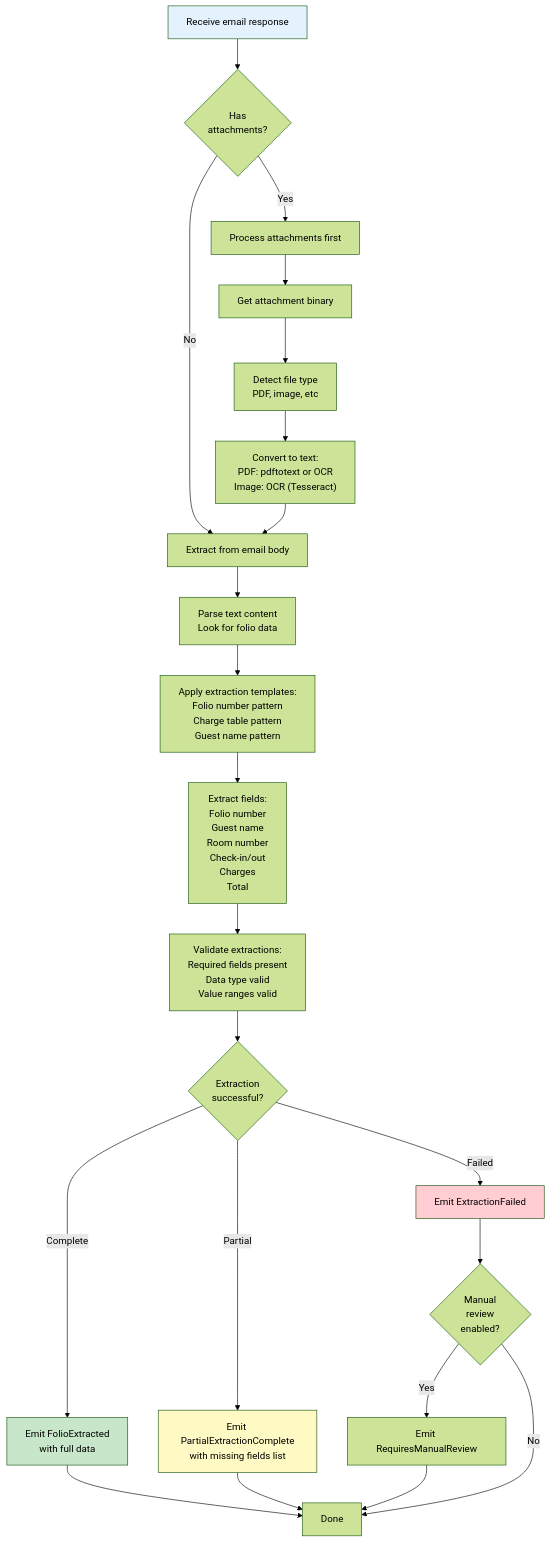
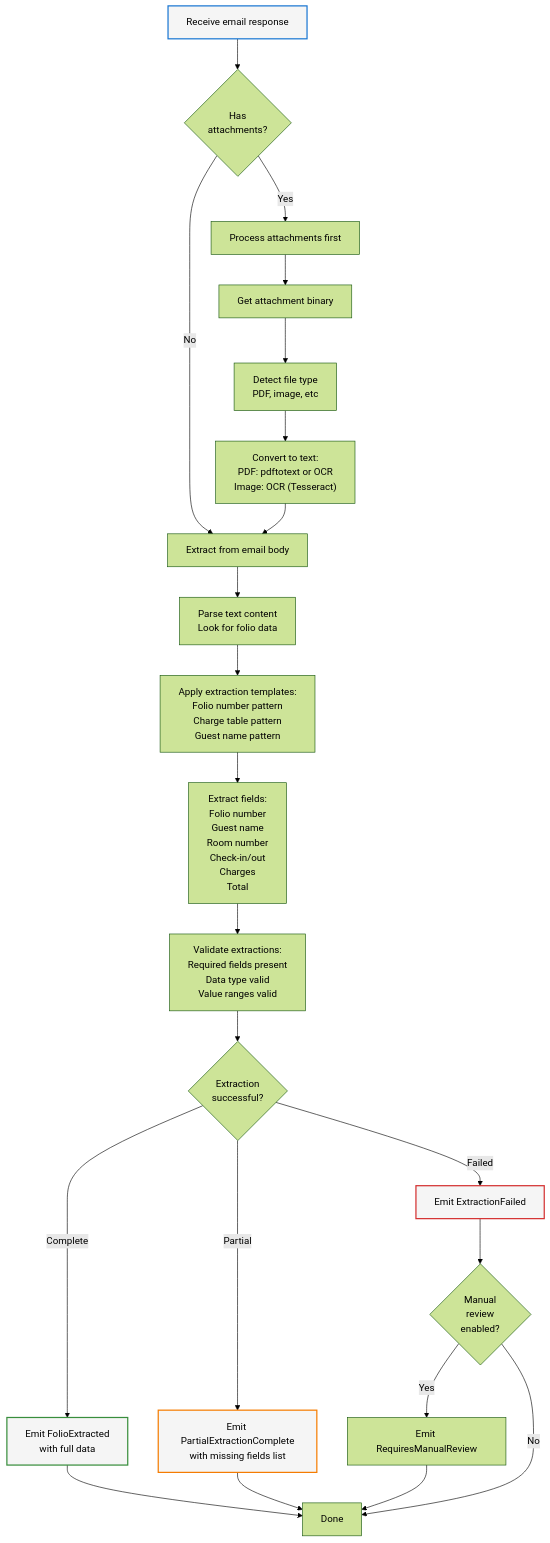
Before and after one commit to Org-for-Folio-AI/FolioAISpecs: the diagram in design/components/08-Data-Extractor.md, drawn with Mermaid (forest theme). The commit also changed 11 other files, not shown here.

First line of the commit message:
Update mermaid diagram colors for dark and light mode compatibility

````diff
--- a/design/components/08-Data-Extractor.md
+++ b/design/components/08-Data-Extractor.md
@@ -56,41 +56,41 @@
 ```mermaid
 flowchart TD
     Start["Receive email response"] --> CheckContent{Has<br/>attachments?}
 
     CheckContent -->|No| ExtractText["Extract from email body"]
     CheckContent -->|Yes| ProcessAttach["Process attachments first"]
 
     ProcessAttach --> GetAttach["Get attachment binary"]
     GetAttach --> DetectType["Detect file type<br/>PDF, image, etc"]
 
     DetectType --> ConvertToText["Convert to text:<br/>PDF: pdftotext or OCR<br/>Image: OCR (Tesseract)"]
 
     ConvertToText --> ExtractText
 
     ExtractText --> ParseText["Parse text content<br/>Look for folio data"]
 
     ParseText --> TemplateMatch["Apply extraction templates:<br/>Folio number pattern<br/>Charge table pattern<br/>Guest name pattern"]
 
     TemplateMatch --> ExtractFields["Extract fields:<br/>Folio number<br/>Guest name<br/>Room number<br/>Check-in/out<br/>Charges<br/>Total"]
 
     ExtractFields --> Validate["Validate extractions:<br/>Required fields present<br/>Data type valid<br/>Value ranges valid"]
 
     Validate --> Valid{Extraction<br/>successful?}
 
     Valid -->|Complete| Success["Emit FolioExtracted<br/>with full data"]
     Valid -->|Partial| Partial["Emit PartialExtractionComplete<br/>with missing fields list"]
     Valid -->|Failed| Failed["Emit ExtractionFailed"]
 
     Failed --> Fallback{Manual<br/>review<br/>enabled?}
     Fallback -->|Yes| Manual["Emit RequiresManualReview"]
     Fallback -->|No| Done
 
     Success --> Done["Done"]
     Partial --> Done
     Manual --> Done
 
-    style Start fill:#e3f2fd
-    style Success fill:#c8e6c9
-    style Partial fill:#fff9c4
-    style Failed fill:#ffcdd2
+    style Start stroke:#1976d2,fill:#f5f5f5,stroke-width:2px
+    style Success stroke:#388e3c,fill:#f5f5f5,stroke-width:2px
+    style Partial stroke:#f57c00,fill:#f5f5f5,stroke-width:2px
+    style Failed stroke:#d32f2f,fill:#f5f5f5,stroke-width:2px
 ```
````
